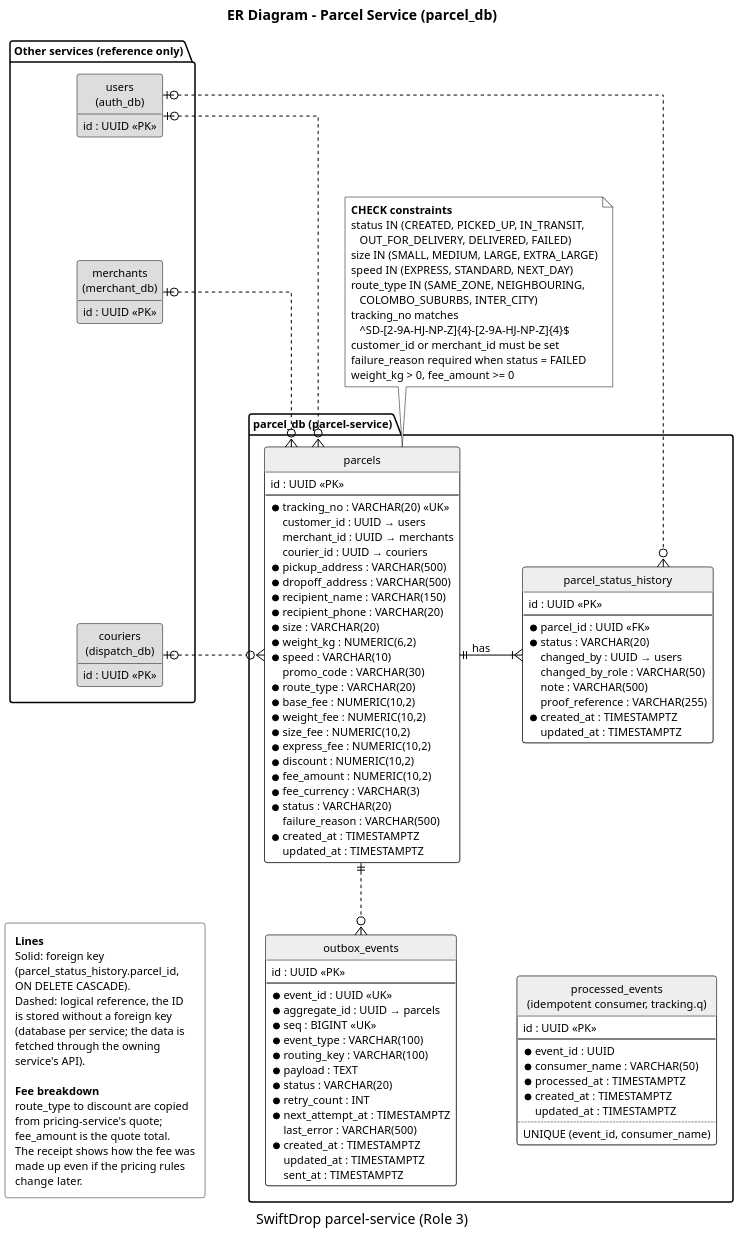
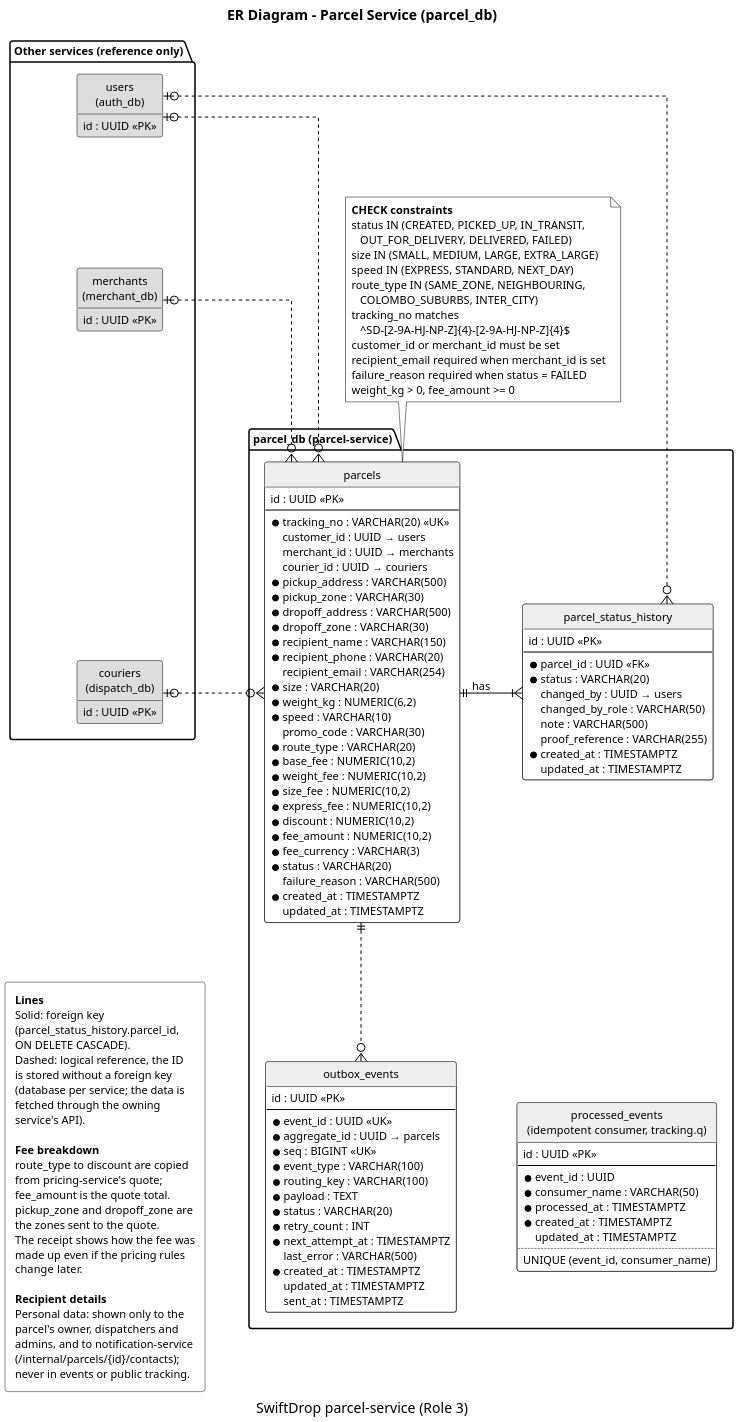
One commit to Sachintha-dilshan49/SwiftDrop changed the diagram in docs/diagrams/er-parcel-service.puml. Above: the diagram before and after it, drawn with PlantUML. The commit also changed 14 other files, not shown here.

First line of the commit message:
docs(parcel): add remaining parcel-service diagrams

```diff
--- a/docs/diagrams/er-parcel-service.puml
+++ b/docs/diagrams/er-parcel-service.puml
@@ -1,168 +1,181 @@
 @startuml
 title ER Diagram - Parcel Service (parcel_db)
 caption SwiftDrop parcel-service (Role 3)
 
 allowmixing
 hide circle
 hide empty members
 skinparam dpi 200
 skinparam linetype ortho
 skinparam shadowing false
 skinparam defaultFontName Arial
 skinparam defaultFontSize 11
 skinparam nodesep 60
 skinparam ranksep 60
 skinparam class {
   BackgroundColor white
   BorderColor black
   ArrowColor black
   HeaderBackgroundColor #EEEEEE
 }
 skinparam package {
   BorderColor black
   BackgroundColor white
 }
 skinparam note {
   BorderColor black
   BackgroundColor white
 }
 
 package "Other services (reference only)" {
   entity "users\n(auth_db)" as users #DDDDDD {
     id : UUID <<PK>>
   }
   entity "merchants\n(merchant_db)" as merchants #DDDDDD {
     id : UUID <<PK>>
   }
   entity "couriers\n(dispatch_db)" as couriers #DDDDDD {
     id : UUID <<PK>>
   }
 }
 
 package "parcel_db (parcel-service)" {
   entity "parcels" as parcels {
     id : UUID <<PK>>
     --
     * tracking_no : VARCHAR(20) <<UK>>
     customer_id : UUID → users
     merchant_id : UUID → merchants
     courier_id : UUID → couriers
     * pickup_address : VARCHAR(500)
+    * pickup_zone : VARCHAR(30)
     * dropoff_address : VARCHAR(500)
+    * dropoff_zone : VARCHAR(30)
     * recipient_name : VARCHAR(150)
     * recipient_phone : VARCHAR(20)
+    recipient_email : VARCHAR(254)
     * size : VARCHAR(20)
     * weight_kg : NUMERIC(6,2)
     * speed : VARCHAR(10)
     promo_code : VARCHAR(30)
     * route_type : VARCHAR(20)
     * base_fee : NUMERIC(10,2)
     * weight_fee : NUMERIC(10,2)
     * size_fee : NUMERIC(10,2)
     * express_fee : NUMERIC(10,2)
     * discount : NUMERIC(10,2)
     * fee_amount : NUMERIC(10,2)
     * fee_currency : VARCHAR(3)
     * status : VARCHAR(20)
     failure_reason : VARCHAR(500)
     * created_at : TIMESTAMPTZ
     updated_at : TIMESTAMPTZ
   }
 
   entity "parcel_status_history" as history {
     id : UUID <<PK>>
     --
     * parcel_id : UUID <<FK>>
     * status : VARCHAR(20)
     changed_by : UUID → users
     changed_by_role : VARCHAR(50)
     note : VARCHAR(500)
     proof_reference : VARCHAR(255)
     * created_at : TIMESTAMPTZ
     updated_at : TIMESTAMPTZ
   }
 
   entity "outbox_events" as outbox {
     id : UUID <<PK>>
     --
     * event_id : UUID <<UK>>
     * aggregate_id : UUID → parcels
     * seq : BIGINT <<UK>>
     * event_type : VARCHAR(100)
     * routing_key : VARCHAR(100)
     * payload : TEXT
     * status : VARCHAR(20)
     * retry_count : INT
     * next_attempt_at : TIMESTAMPTZ
     last_error : VARCHAR(500)
     * created_at : TIMESTAMPTZ
     updated_at : TIMESTAMPTZ
     sent_at : TIMESTAMPTZ
   }
 
   entity "processed_events\n(idempotent consumer, tracking.q)" as processed {
     id : UUID <<PK>>
     --
     * event_id : UUID
     * consumer_name : VARCHAR(50)
     * processed_at : TIMESTAMPTZ
     * created_at : TIMESTAMPTZ
     updated_at : TIMESTAMPTZ
     ..
     UNIQUE (event_id, consumer_name)
   }
 }
 
 ' layout helpers
 users -[hidden]down- merchants
 merchants -[hidden]down- couriers
 outbox -[hidden]right- processed
 
 ' relationships inside parcel_db
 parcels ||-right-|{ history : "has"
 parcels ||.down.o{ outbox
 
 ' logical references to other services
 users |o.right.o{ parcels
 merchants |o.right.o{ parcels
 couriers |o.right.o{ parcels
 users |o..o{ history
 
 note top of parcels
   <b>CHECK constraints</b>
   status IN (CREATED, PICKED_UP, IN_TRANSIT,
      OUT_FOR_DELIVERY, DELIVERED, FAILED)
   size IN (SMALL, MEDIUM, LARGE, EXTRA_LARGE)
   speed IN (EXPRESS, STANDARD, NEXT_DAY)
   route_type IN (SAME_ZONE, NEIGHBOURING,
      COLOMBO_SUBURBS, INTER_CITY)
   tracking_no matches
      ^SD-[2-9A-HJ-NP-Z]{4}-[2-9A-HJ-NP-Z]{4}$
   customer_id or merchant_id must be set
+  recipient_email required when merchant_id is set
   failure_reason required when status = FAILED
   weight_kg > 0, fee_amount >= 0
 end note
 
 ' legend is a rectangle, not a note: a hidden link to a note is still drawn
 rectangle N1 #white [
 <b>Lines</b>
 Solid: foreign key
 (parcel_status_history.parcel_id,
 ON DELETE CASCADE).
 Dashed: logical reference, the ID
 is stored without a foreign key
 (database per service; the data is
 fetched through the owning
 service's API).
 
 <b>Fee breakdown</b>
 route_type to discount are copied
 from pricing-service's quote;
 fee_amount is the quote total.
+pickup_zone and dropoff_zone are
+the zones sent to the quote.
 The receipt shows how the fee was
 made up even if the pricing rules
 change later.
+
+<b>Recipient details</b>
+Personal data: shown only to the
+parcel's owner, dispatchers and
+admins, and to notification-service
+(/internal/parcels/{id}/contacts);
+never in events or public tracking.
 ]
 couriers -[hidden]down- N1
 
 @enduml
```
